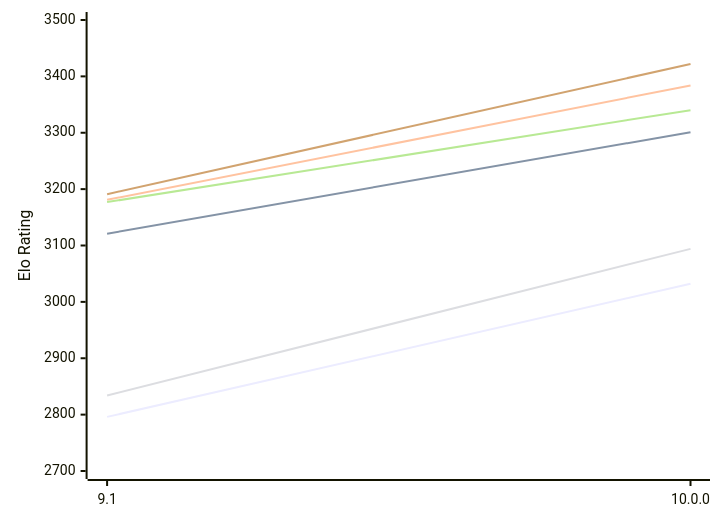
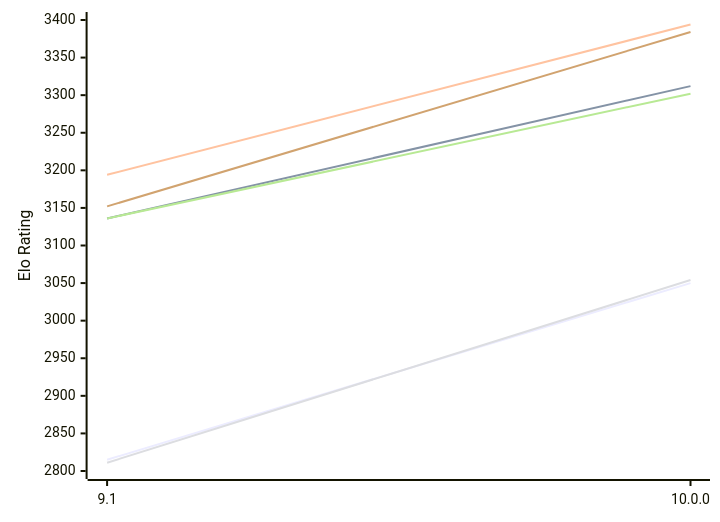
The first of 2 diagrams in engines/Pea.md (computer-chess-index/cci), drawn with Mermaid before and after one commit. The commit also changed other lines of this file, not shown here.

Commit message:
Update CCI Ratings (ELO VLTC) - 2026-11-14

````diff
--- a/engines/Pea.md
+++ b/engines/Pea.md
@@ -58,12 +58,12 @@
 ```mermaid
 %%{init: {"theme":"base","themeVariables":{"seriesColors:['#a3a3a3','#222221','#faa371']}}}%%
 xychart-beta
   x-axis ["9.1", "10.0.0"]
-  y-axis "Elo Rating" 2700 --> 3500
-  line "E1: STC (8.0+0.08s)" [2796, 3032]
-  line "E1: LTC (60.0+0.60s)" [3121, 3301]
-  line "E1: VLTC (2m24s+1.12s)" [3181, 3384]
-  line "P1: STC (8.0+0.08s)" [2834, 3094]
-  line "P1: LTC (60.0+0.60s)" [3177, 3340]
-  line "P1: VLTC (2m24s+1.12s)" [3191, 3422]
+  y-axis "Elo Rating" 2800 --> 3400
+  line "E1: STC (8.0+0.08s)" [2815, 3050]
+  line "E1: LTC (60.0+0.60s)" [3136, 3312]
+  line "E1: VLTC (2m24s+1.12s)" [3194, 3394]
+  line "P1: STC (8.0+0.08s)" [2811, 3054]
+  line "P1: LTC (60.0+0.60s)" [3136, 3302]
+  line "P1: VLTC (2m24s+1.12s)" [3152, 3384]
 ```
````
